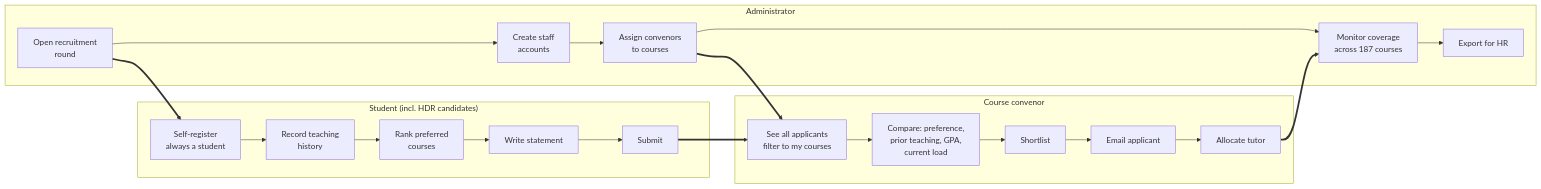
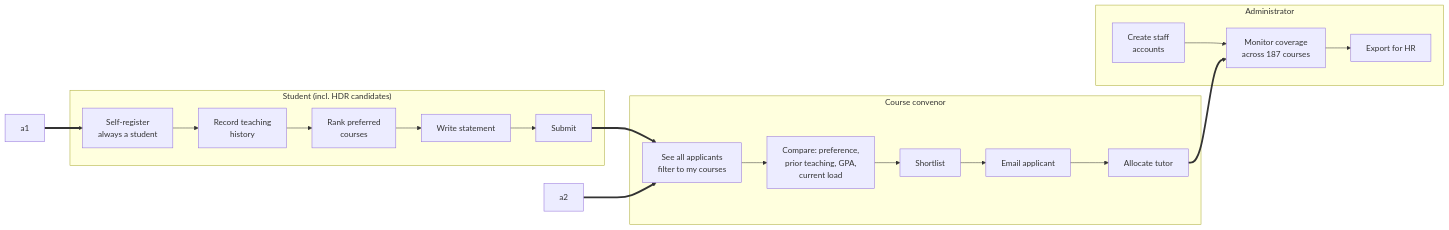
Before and after one commit to WWEISONG/griffith-ict-casual-academic: the second of 5 diagrams in docs/ARCHITECTURE.md, drawn with Mermaid. The commit also changed other lines of this file and 15 other files, not shown here.

````diff
--- a/docs/ARCHITECTURE.md
+++ b/docs/ARCHITECTURE.md
@@ -82,19 +82,19 @@
 ```mermaid
 flowchart LR
     subgraph student["Student (incl. HDR candidates)"]
         s1["Self-register<br/>always a student"] --> s2["Record teaching<br/>history"] --> s3["Rank preferred<br/>courses"] --> s4["Write statement"] --> s5["Submit"]
     end
 
     subgraph convenor["Course convenor"]
         c1["See all applicants<br/>filter to my courses"] --> c2["Compare: preference,<br/>prior teaching, GPA,<br/>current load"] --> c3["Shortlist"] --> c4["Email applicant"] --> c5["Allocate tutor"]
     end
 
     subgraph admin["Administrator"]
-        a1["Open recruitment<br/>round"] --> a0["Create staff<br/>accounts"] --> a2["Assign convenors<br/>to courses"] --> a3["Monitor coverage<br/>across 187 courses"] --> a4["Export for HR"]
+        a0["Create staff<br/>accounts"] --> a3["Monitor coverage<br/>across 187 courses"] --> a4["Export for HR"]
     end
 
     s5 ==> c1
     a1 ==> s1
     a2 ==> c1
     c5 ==> a3
 ```
````
